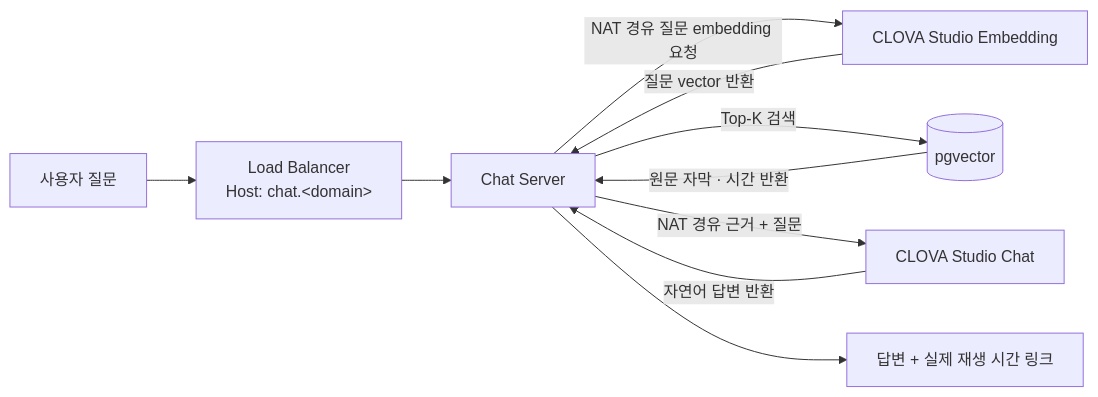
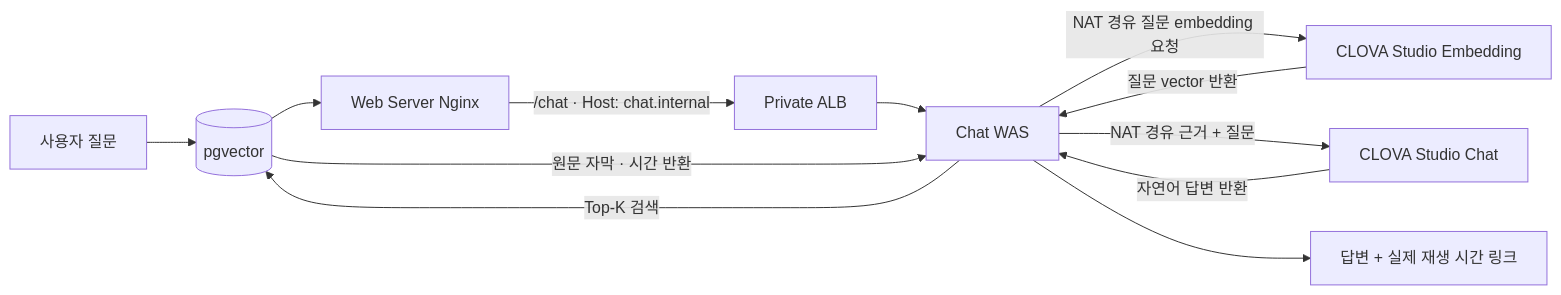
Before and after one commit to ncp-ai-pro/video-rag-mvp: the fourth of 5 diagrams in docs/infra.md, drawn with Mermaid. The commit also changed other lines of this file and 20 other files, not shown here.

```diff
--- a/docs/infra.md
+++ b/docs/infra.md
@@ -135,12 +141,14 @@
 ~~~mermaid
 flowchart LR
-    B[사용자 질문] --> L[Load Balancer<br/>Host: chat.&lt;domain&gt;]
-    L --> A[Chat Server]
+    B[사용자 질문] --> P[Public ALB]
+    P --> W[Web Server Nginx]
+    W -->|/chat · Host: chat.internal| L[Private ALB]
+    L --> A[Chat WAS]
     A -->|NAT 경유 질문 embedding 요청| E[CLOVA Studio Embedding]
     E -->|질문 vector 반환| A
     A -->|Top-K 검색| P[(pgvector)]
     P -->|원문 자막 · 시간 반환| A
     A -->|NAT 경유 근거 + 질문| C[CLOVA Studio Chat]
     C -->|자연어 답변 반환| A
     A --> R[답변 + 실제 재생 시간 링크]
 ~~~
```
